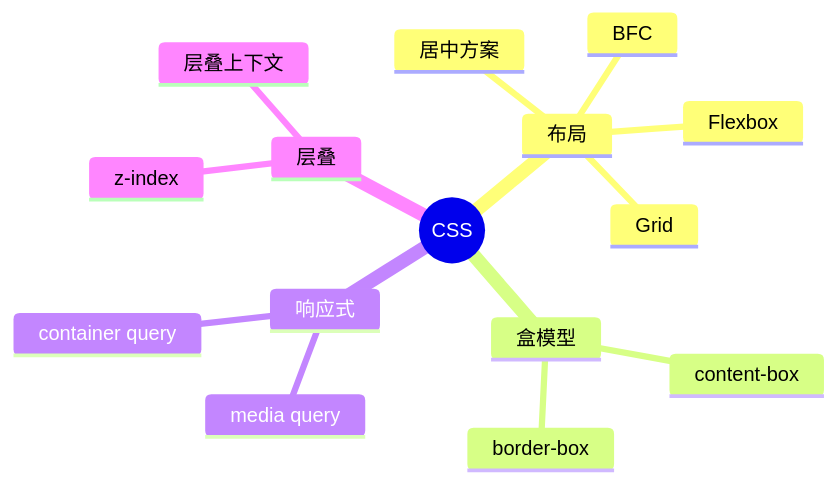
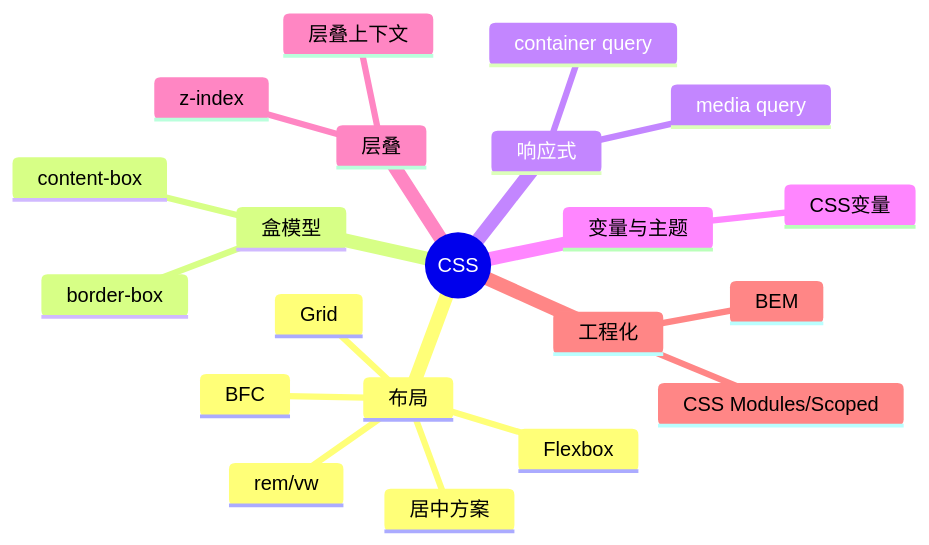
The diagram in docs/CSS/index.md (zjh42139/interview-notes), drawn with Mermaid before and after one commit. The commit also changed other lines of this file and 81 other files, not shown here.

````diff
--- a/docs/CSS/index.md
+++ b/docs/CSS/index.md
@@ -9,18 +9,24 @@
 ```mermaid
 mindmap
   root((CSS))
     布局
       BFC
       Flexbox
       Grid
       居中方案
+      rem/vw
     盒模型
       content-box
       border-box
     响应式
       media query
       container query
+    变量与主题
+      CSS变量
     层叠
       层叠上下文
       z-index
+    工程化
+      BEM
+      CSS Modules/Scoped
 ```
````
